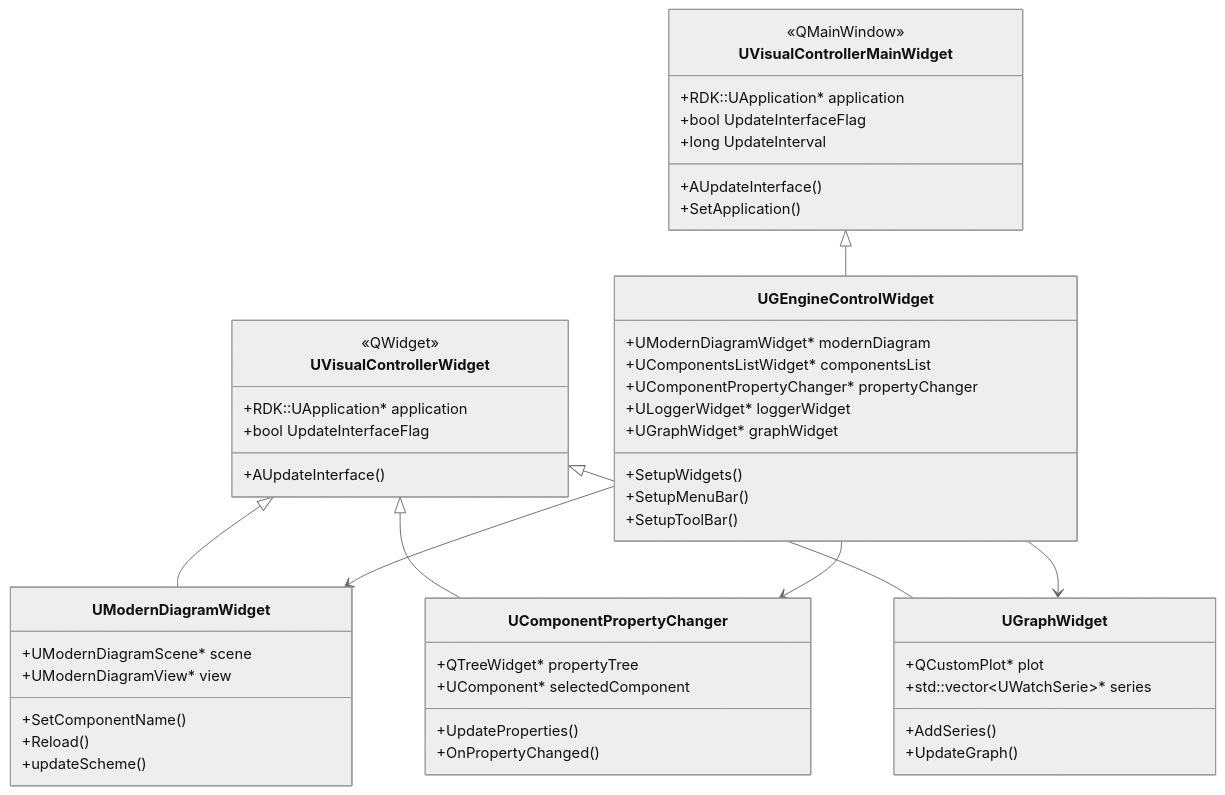
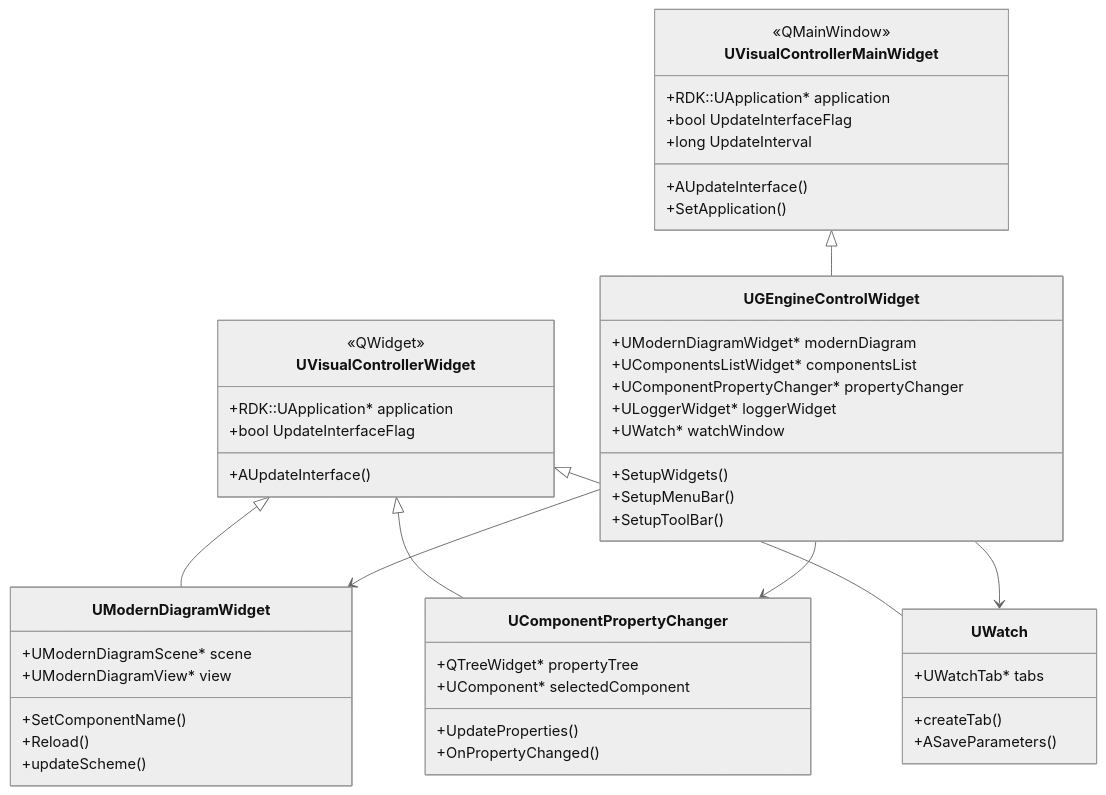
The first of 2 diagrams in Docs/GUI/Widgets-Advanced-Customization.md (aicommunity/Nmsdk), drawn with Mermaid (neutral theme) before and after one commit. The commit also changed other lines of this file and 7 other files, not shown here.

First line of the commit message:
Refactor Watch charts to PlotDocument and remove legacy UGraph stack.

````diff
--- a/Docs/GUI/Widgets-Advanced-Customization.md
+++ b/Docs/GUI/Widgets-Advanced-Customization.md
@@ -28,59 +28,58 @@
 ```mermaid
 classDiagram
     class UVisualControllerMainWidget {
         <<QMainWindow>>
         +RDK::UApplication* application
         +bool UpdateInterfaceFlag
         +long UpdateInterval
         +AUpdateInterface()
         +SetApplication()
     }
     
     class UVisualControllerWidget {
         <<QWidget>>
         +RDK::UApplication* application
         +bool UpdateInterfaceFlag
         +AUpdateInterface()
     }
     
     class UGEngineControlWidget {
         +UModernDiagramWidget* modernDiagram
         +UComponentsListWidget* componentsList
         +UComponentPropertyChanger* propertyChanger
         +ULoggerWidget* loggerWidget
-        +UGraphWidget* graphWidget
+        +UWatch* watchWindow
         +SetupWidgets()
         +SetupMenuBar()
         +SetupToolBar()
     }
     
     class UModernDiagramWidget {
         +UModernDiagramScene* scene
         +UModernDiagramView* view
         +SetComponentName()
         +Reload()
         +updateScheme()
     }
     
     class UComponentPropertyChanger {
         +QTreeWidget* propertyTree
         +UComponent* selectedComponent
         +UpdateProperties()
         +OnPropertyChanged()
     }
     
-    class UGraphWidget {
-        +QCustomPlot* plot
-        +std::vector~UWatchSerie~* series
-        +AddSeries()
-        +UpdateGraph()
+    class UWatch {
+        +UWatchTab* tabs
+        +createTab()
+        +ASaveParameters()
     }
     
     UVisualControllerMainWidget <|-- UGEngineControlWidget
     UVisualControllerWidget <|-- UModernDiagramWidget
     UVisualControllerWidget <|-- UComponentPropertyChanger
-    UVisualControllerWidget <|-- UGraphWidget
+    UVisualControllerWidget <|-- UWatch
     UGEngineControlWidget --> UModernDiagramWidget
     UGEngineControlWidget --> UComponentPropertyChanger
-    UGEngineControlWidget --> UGraphWidget
+    UGEngineControlWidget --> UWatch
 ```
````
